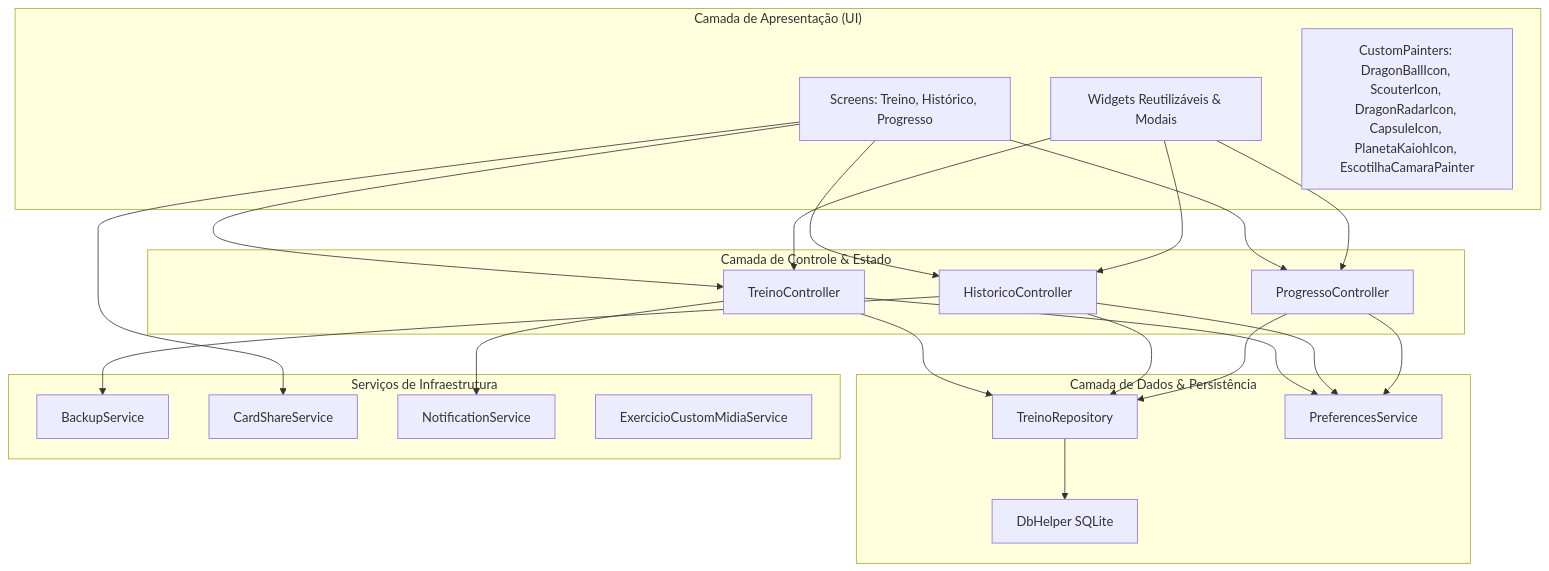
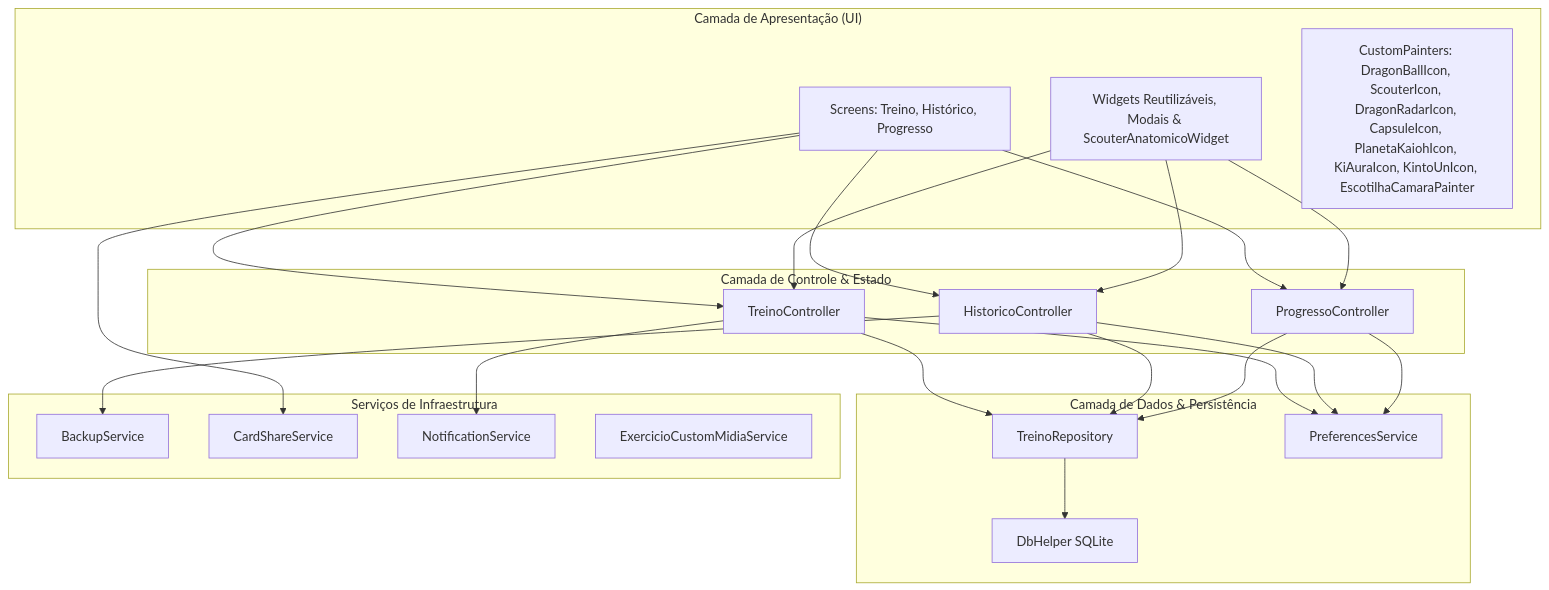
One commit to Luan-Diniz02/Gym_Saiyajin changed the first of 2 diagrams in docs/ARQUITETURA.md. Above: the diagram before and after it, drawn with Mermaid. The commit also changed other lines of this file and 6 other files, not shown here.

````diff
--- a/docs/ARQUITETURA.md
+++ b/docs/ARQUITETURA.md
@@ -13,36 +13,36 @@
 ```mermaid
 graph TD
     subgraph UI ["Camada de Apresentação (UI)"]
         Screens[Screens: Treino, Histórico, Progresso]
-        Widgets[Widgets Reutilizáveis & Modais]
-        Painters[CustomPainters: DragonBallIcon, ScouterIcon, DragonRadarIcon, CapsuleIcon, PlanetaKaiohIcon, EscotilhaCamaraPainter]
+        Widgets[Widgets Reutilizáveis, Modais & ScouterAnatomicoWidget]
+        Painters[CustomPainters: DragonBallIcon, ScouterIcon, DragonRadarIcon, CapsuleIcon, PlanetaKaiohIcon, KiAuraIcon, KintoUnIcon, EscotilhaCamaraPainter]
     end
 
     subgraph ControllersLayer ["Camada de Controle & Estado"]
         TC[TreinoController]
         HC[HistoricoController]
         PC[ProgressoController]
     end
 
     subgraph DataLayer ["Camada de Dados & Persistência"]
         Repo[TreinoRepository]
         DB[DbHelper SQLite]
         Prefs[PreferencesService]
     end
 
     subgraph InfrastructureLayer ["Serviços de Infraestrutura"]
         Backup[BackupService]
         Share[CardShareService]
         Notify[NotificationService]
         CustomMidia[ExercicioCustomMidiaService]
     end
 
     Screens --> TC & HC & PC
     Widgets --> TC & HC & PC
     TC & HC & PC --> Repo
     TC & HC & PC --> Prefs
     Repo --> DB
     HC --> Backup
     Screens --> Share
     TC --> Notify
 ```
````
